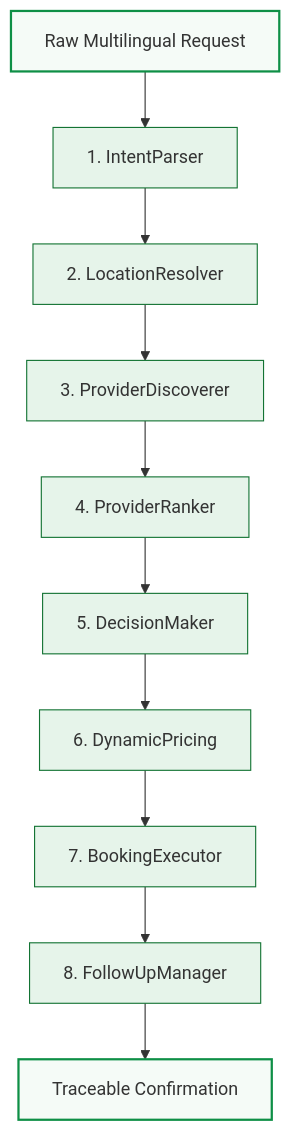
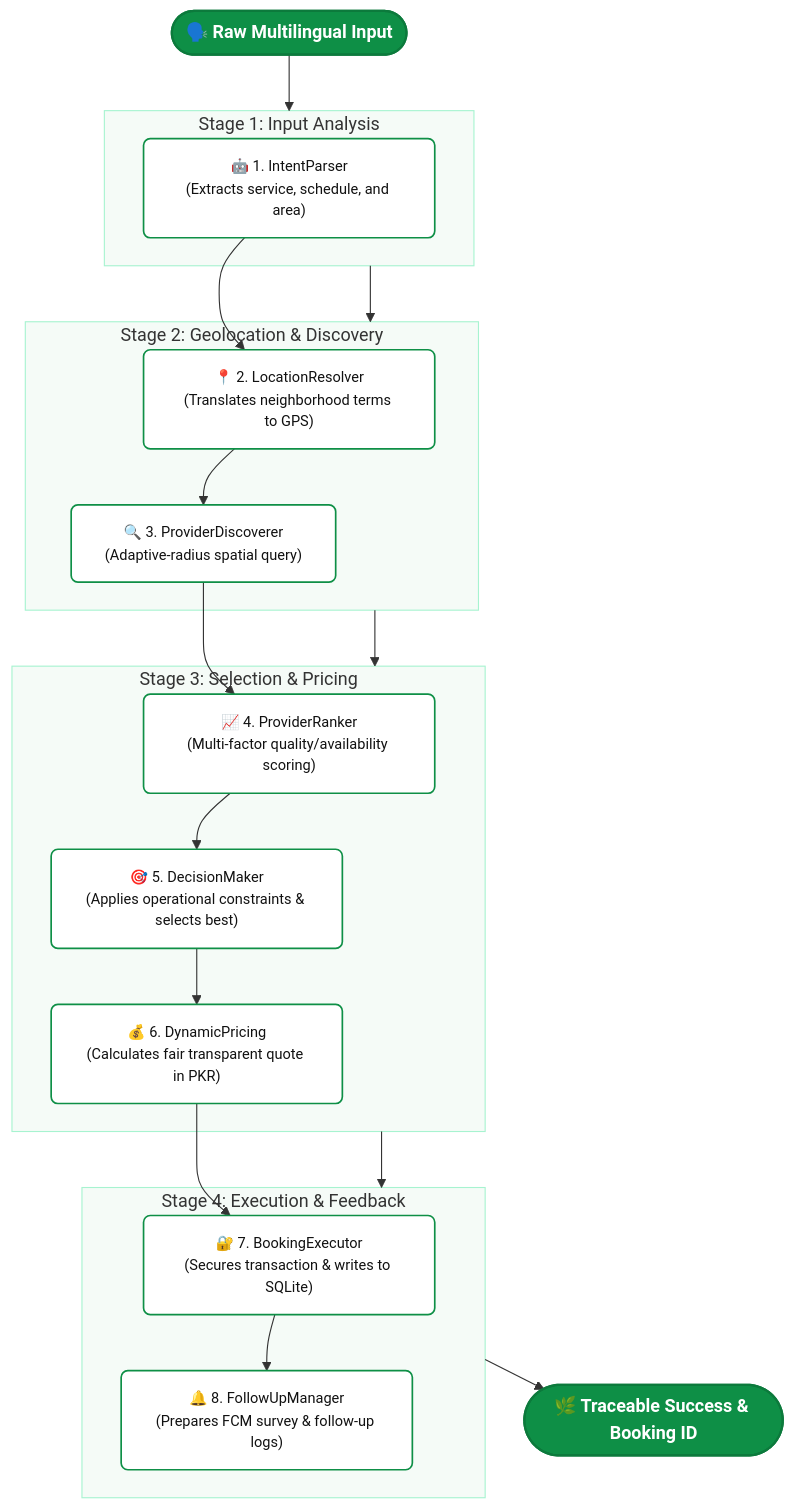
Before and after one commit to Asad101001/AntigravityHackathon: the diagram in backend/README.md, drawn with Mermaid. The commit also changed 2 other files, not shown here.

Commit message:
docs: overhaul pipeline diagrams and resolve broken banner image

````diff
--- a/backend/README.md
+++ b/backend/README.md
@@ -18,23 +18,54 @@
 ```mermaid
-graph TD
-    A[Raw Multilingual Request] --> B[1. IntentParser]
-    B --> C[2. LocationResolver]
-    C --> D[3. ProviderDiscoverer]
-    D --> E[4. ProviderRanker]
-    E --> F[5. DecisionMaker]
-    F --> G[6. DynamicPricing]
-    G --> H[7. BookingExecutor]
-    H --> I[8. FollowUpManager]
-    I --> J[Traceable Confirmation]
+flowchart TD
+    %% Theme Definitions
+    classDef mainBound fill:#0E8F46,stroke:#0C7A3C,stroke-width:2px,color:#FFFFFF,font-weight:bold,rx:8px,ry:8px;
+    classDef agentBox fill:#FFFFFF,stroke:#0E8F46,stroke-width:1.5px,color:#111111,font-size:13px,rx:6px,ry:6px;
+    classDef stageGroup fill:#F5FBF7,stroke:#A7F3D0,stroke-width:1.5px,color:#065F46,font-weight:bold;
+
+    %% Nodes
+    A([🗣️ Raw Multilingual Input]):::mainBound
     
-    style A fill:#F5FBF7,stroke:#0E8F46,stroke-width:2px
-    style B fill:#E6F4EA,stroke:#137333,stroke-width:1px
-    style C fill:#E6F4EA,stroke:#137333,stroke-width:1px
-    style D fill:#E6F4EA,stroke:#137333,stroke-width:1px
-    style E fill:#E6F4EA,stroke:#137333,stroke-width:1px
-    style F fill:#E6F4EA,stroke:#137333,stroke-width:1px
-    style G fill:#E6F4EA,stroke:#137333,stroke-width:1px
-    style H fill:#E6F4EA,stroke:#137333,stroke-width:1px
-    style I fill:#E6F4EA,stroke:#137333,stroke-width:1px
-    style J fill:#F5FBF7,stroke:#0E8F46,stroke-width:2px
+    subgraph Stage1 ["Stage 1: Input Analysis"]
+        B["🤖 1. IntentParser<br>(Extracts service, schedule, and area)"]:::agentBox
+    end
+    
+    subgraph Stage2 ["Stage 2: Geolocation & Discovery"]
+        C["📍 2. LocationResolver<br>(Translates neighborhood terms to GPS)"]:::agentBox
+        D["🔍 3. ProviderDiscoverer<br>(Adaptive-radius spatial query)"]:::agentBox
+    end
+    
+    subgraph Stage3 ["Stage 3: Selection & Pricing"]
+        E["📈 4. ProviderRanker<br>(Multi-factor quality/availability scoring)"]:::agentBox
+        F["🎯 5. DecisionMaker<br>(Applies operational constraints & selects best)"]:::agentBox
+        G["💰 6. DynamicPricing<br>(Calculates fair transparent quote in PKR)"]:::agentBox
+    end
+    
+    subgraph Stage4 ["Stage 4: Execution & Feedback"]
+        H["🔐 7. BookingExecutor<br>(Secures transaction & writes to SQLite)"]:::agentBox
+        I["🔔 8. FollowUpManager<br>(Prepares FCM survey & follow-up logs)"]:::agentBox
+    end
+    
+    J([🌿 Traceable Success & Booking ID]):::mainBound
+
+    %% Connections
+    A --> Stage1
+    Stage1 --> Stage2
+    Stage2 --> Stage3
+    Stage3 --> Stage4
+    Stage4 --> J
+
+    %% Sequential pipeline flow inside stages
+    B --> C
+    C --> D
+    D --> E
+    E --> F
+    F --> G
+    G --> H
+    H --> I
+
+    %% Apply Stage Group Styles
+    style Stage1 fill:#F5FBF7,stroke:#A7F3D0,stroke-width:1px
+    style Stage2 fill:#F5FBF7,stroke:#A7F3D0,stroke-width:1px
+    style Stage3 fill:#F5FBF7,stroke:#A7F3D0,stroke-width:1px
+    style Stage4 fill:#F5FBF7,stroke:#A7F3D0,stroke-width:1px
 ```
````
